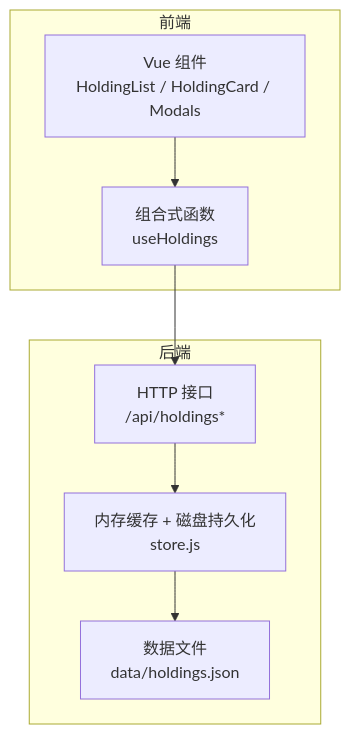
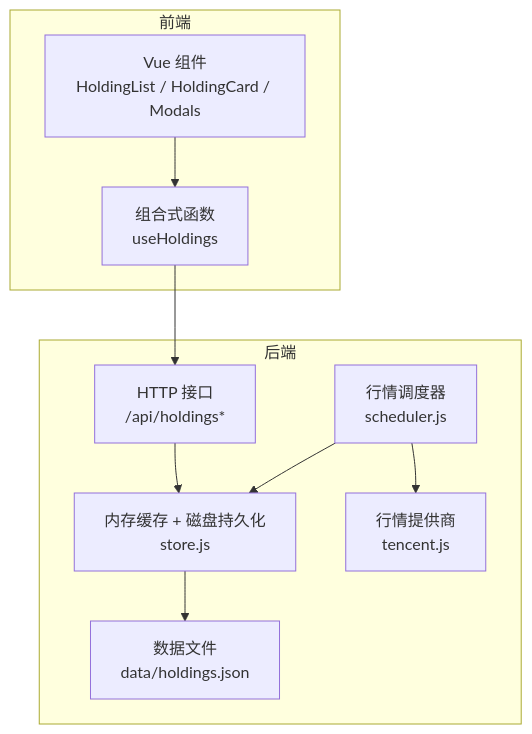
Before and after one commit to salenju/stock-advisor: the first of 6 diagrams in .qoder/repowiki/zh/content/前端架构/状态管理/持仓状态管理.md, drawn with Mermaid. The commit also changed other lines of this file and 5 other files, not shown here.

````diff
--- a/.qoder/repowiki/zh/content/前端架构/状态管理/持仓状态管理.md
+++ b/.qoder/repowiki/zh/content/前端架构/状态管理/持仓状态管理.md
@@ -37,16 +51,20 @@
 ```mermaid
 graph TB
 subgraph "前端"
 UI["Vue 组件<br/>HoldingList / HoldingCard / Modals"]
 Composable["组合式函数<br/>useHoldings"]
 end
 subgraph "后端"
 API["HTTP 接口<br/>/api/holdings*"]
 Store["内存缓存 + 磁盘持久化<br/>store.js"]
+Scheduler["行情调度器<br/>scheduler.js"]
+Provider["行情提供商<br/>tencent.js"]
 Data["数据文件<br/>data/holdings.json"]
 end
 UI --> Composable
 Composable --> API
 API --> Store
 Store --> Data
+Scheduler --> Provider
+Scheduler --> Store
 ```
````
